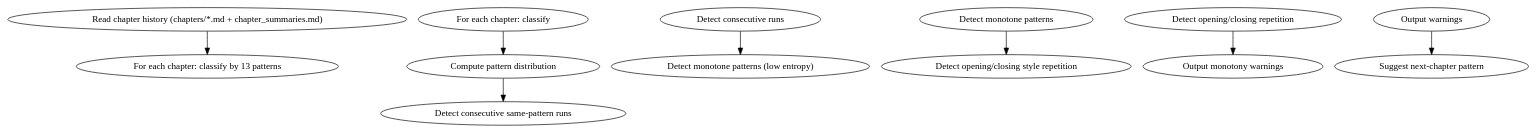
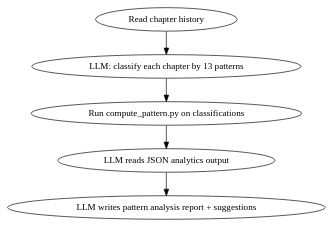
Before and after one commit to ThomasChangX/shenbi: the diagram in skills/shenbi-chapter-pattern/SKILL.md, drawn with Graphviz. The commit also changed other lines of this file and 339 other files, not shown here.

````diff
--- a/skills/shenbi-chapter-pattern/SKILL.md
+++ b/skills/shenbi-chapter-pattern/SKILL.md
@@ -12,11 +12,8 @@
 ```dot
 digraph chapter_pattern {
-    "Read chapter history (chapters/*.md + chapter_summaries.md)" -> "For each chapter: classify by 13 patterns";
-    "For each chapter: classify" -> "Compute pattern distribution";
-    "Compute pattern distribution" -> "Detect consecutive same-pattern runs";
-    "Detect consecutive runs" -> "Detect monotone patterns (low entropy)";
-    "Detect monotone patterns" -> "Detect opening/closing style repetition";
-    "Detect opening/closing repetition" -> "Output monotony warnings";
-    "Output warnings" -> "Suggest next-chapter pattern";
+    "Read chapter history" -> "LLM: classify each chapter by 13 patterns";
+    "LLM: classify each chapter by 13 patterns" -> "Run compute_pattern.py on classifications";
+    "Run compute_pattern.py on classifications" -> "LLM reads JSON analytics output";
+    "LLM reads JSON analytics output" -> "LLM writes pattern analysis report + suggestions";
 }
 ```
````
